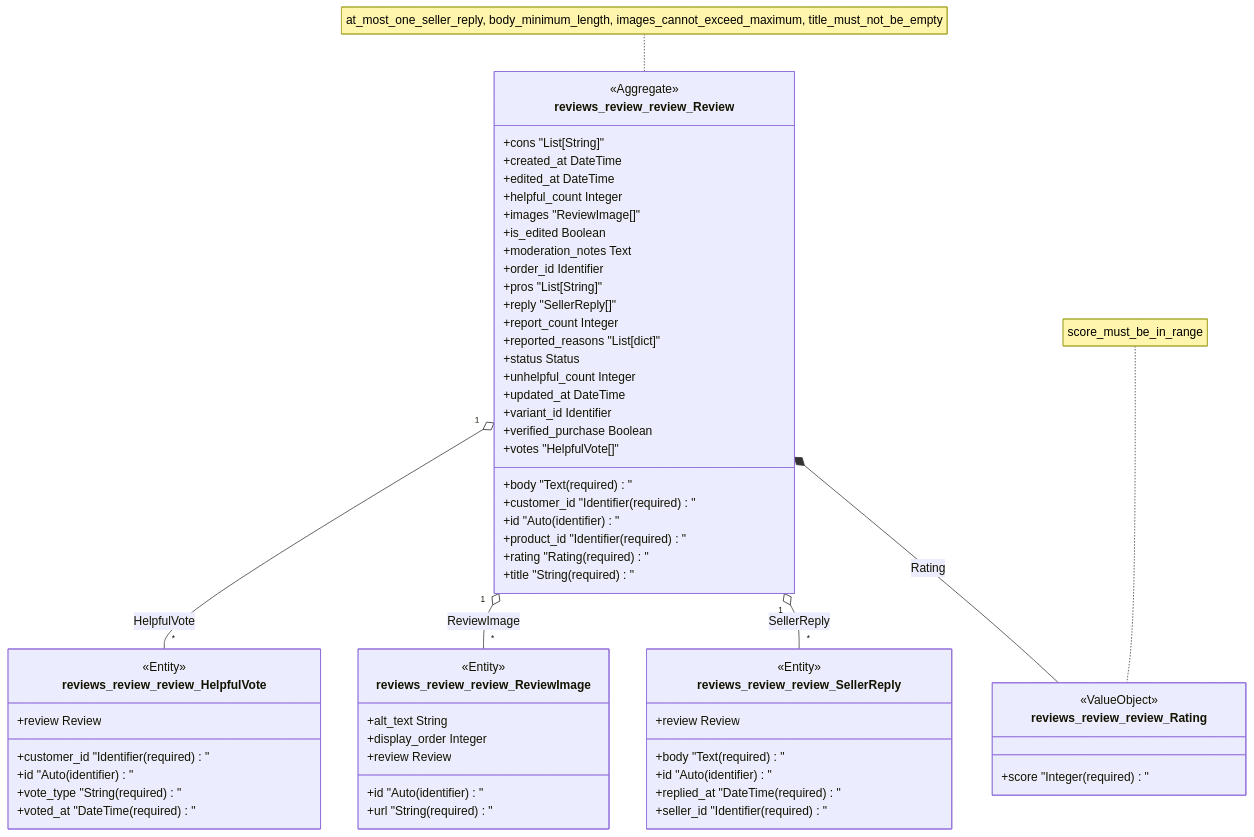
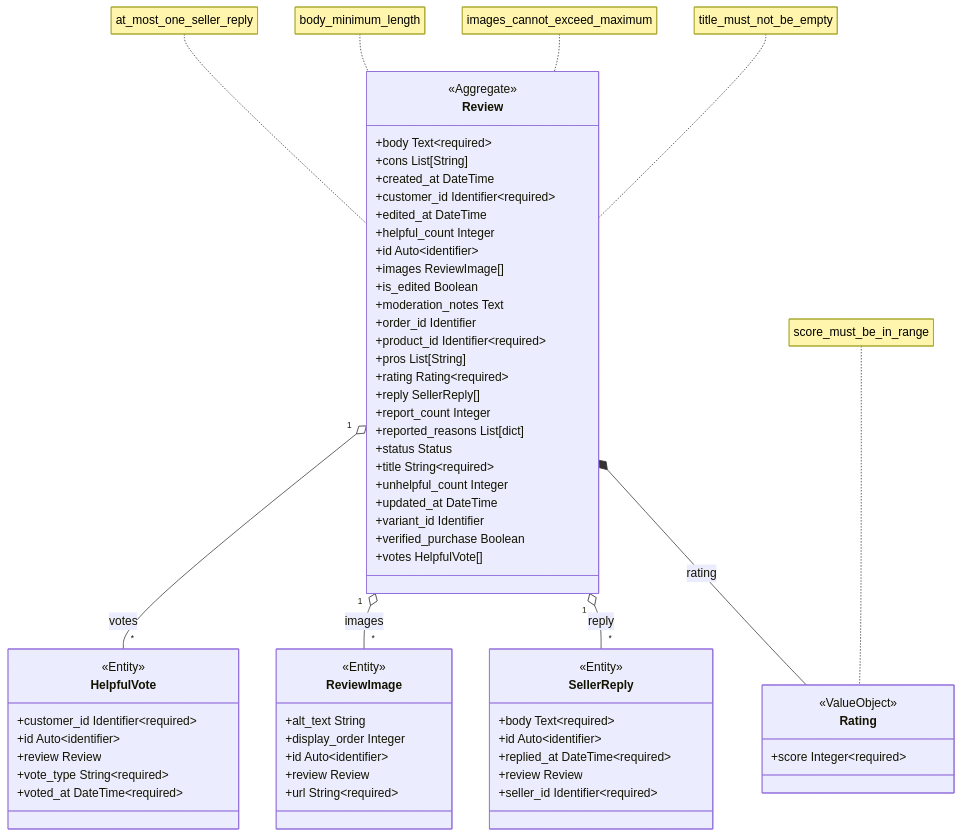
Before and after one commit to proteanhq/shopstream: the diagram in docs/reviews/clusters.md, drawn with Mermaid. The commit also changed 24 other files, not shown here.

First line of the commit message:
Regenerate docs with improved Mermaid diagrams from upstream Protean fixes

````diff
--- a/docs/reviews/clusters.md
+++ b/docs/reviews/clusters.md
@@ -3,64 +3,67 @@
 ```mermaid
 classDiagram
-    class reviews_review_review_Review {
+    class reviews_review_review_Review["Review"] {
         <<Aggregate>>
-        +body "Text (required)"
-        +cons "List[String]"
+        +body Text~required~
+        +cons List[String]
         +created_at DateTime
-        +customer_id "Identifier (required)"
+        +customer_id Identifier~required~
         +edited_at DateTime
         +helpful_count Integer
-        +id "Auto (identifier)"
-        +images "ReviewImage[]"
+        +id Auto~identifier~
+        +images ReviewImage[]
         +is_edited Boolean
         +moderation_notes Text
         +order_id Identifier
-        +product_id "Identifier (required)"
-        +pros "List[String]"
-        +rating "Rating (required)"
-        +reply "SellerReply[]"
+        +product_id Identifier~required~
+        +pros List[String]
+        +rating Rating~required~
+        +reply SellerReply[]
         +report_count Integer
-        +reported_reasons "List[dict]"
+        +reported_reasons List[dict]
         +status Status
-        +title "String (required)"
+        +title String~required~
         +unhelpful_count Integer
         +updated_at DateTime
         +variant_id Identifier
         +verified_purchase Boolean
-        +votes "HelpfulVote[]"
+        +votes HelpfulVote[]
     }
-    note for reviews_review_review_Review "at_most_one_seller_reply, body_minimum_length, images_cannot_exceed_maximum, title_must_not_be_empty"
-    class reviews_review_review_HelpfulVote {
+    note for reviews_review_review_Review "at_most_one_seller_reply"
+    note for reviews_review_review_Review "body_minimum_length"
+    note for reviews_review_review_Review "images_cannot_exceed_maximum"
+    note for reviews_review_review_Review "title_must_not_be_empty"
+    class reviews_review_review_HelpfulVote["HelpfulVote"] {
         <<Entity>>
-        +customer_id "Identifier (required)"
-        +id "Auto (identifier)"
+        +customer_id Identifier~required~
+        +id Auto~identifier~
         +review Review
-        +vote_type "String (required)"
-        +voted_at "DateTime (required)"
+        +vote_type String~required~
+        +voted_at DateTime~required~
     }
-    reviews_review_review_Review "1" o-- "*" reviews_review_review_HelpfulVote : HelpfulVote
-    class reviews_review_review_ReviewImage {
+    reviews_review_review_Review "1" o-- "*" reviews_review_review_HelpfulVote : votes
+    class reviews_review_review_ReviewImage["ReviewImage"] {
         <<Entity>>
         +alt_text String
         +display_order Integer
-        +id "Auto (identifier)"
+        +id Auto~identifier~
         +review Review
-        +url "String (required)"
+        +url String~required~
     }
-    reviews_review_review_Review "1" o-- "*" reviews_review_review_ReviewImage : ReviewImage
-    class reviews_review_review_SellerReply {
+    reviews_review_review_Review "1" o-- "*" reviews_review_review_ReviewImage : images
+    class reviews_review_review_SellerReply["SellerReply"] {
         <<Entity>>
-        +body "Text (required)"
-        +id "Auto (identifier)"
-        +replied_at "DateTime (required)"
+        +body Text~required~
+        +id Auto~identifier~
+        +replied_at DateTime~required~
         +review Review
-        +seller_id "Identifier (required)"
+        +seller_id Identifier~required~
     }
-    reviews_review_review_Review "1" o-- "*" reviews_review_review_SellerReply : SellerReply
-    class reviews_review_review_Rating {
+    reviews_review_review_Review "1" o-- "*" reviews_review_review_SellerReply : reply
+    class reviews_review_review_Rating["Rating"] {
         <<ValueObject>>
-        +score "Integer (required)"
+        +score Integer~required~
     }
     note for reviews_review_review_Rating "score_must_be_in_range"
-    reviews_review_review_Review *-- reviews_review_review_Rating : Rating
+    reviews_review_review_Review *-- reviews_review_review_Rating : rating
 ```
````
